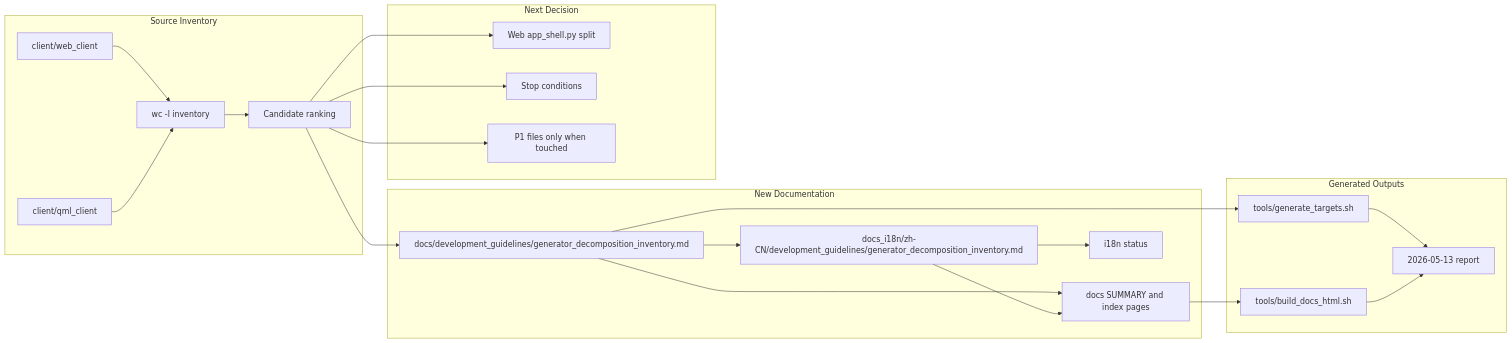
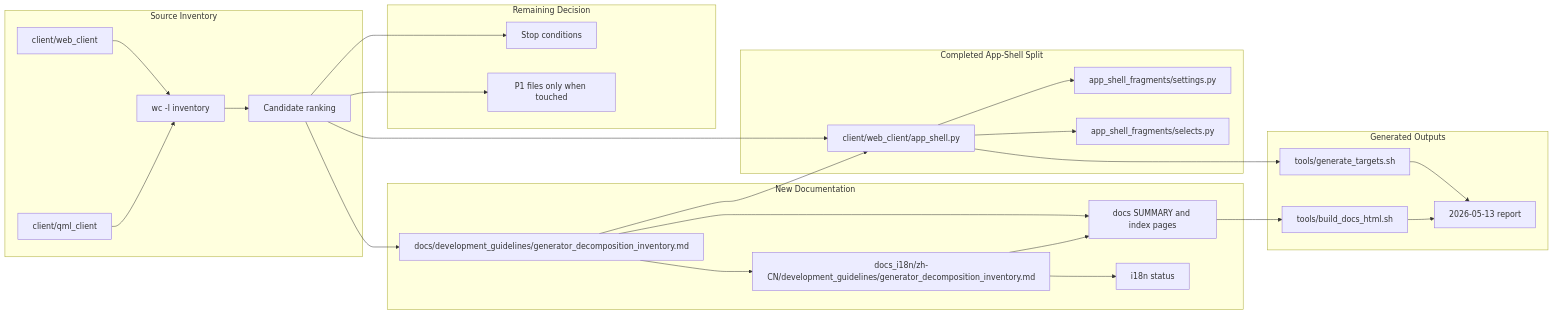
Before and after one commit to luppiterw/metanc_hmi_dsl_reports: the diagram in 2026-05-13-codex-session/architecture-diagram.md, drawn with Mermaid. The commit also changed 11 other files, not shown here.

Commit message:
reports: close May 13 app shell split

````diff
--- a/2026-05-13-codex-session/architecture-diagram.md
+++ b/2026-05-13-codex-session/architecture-diagram.md
@@ -3,44 +3,52 @@
 ```mermaid
 flowchart LR
     subgraph SourceInventory[Source Inventory]
         WEB[client/web_client]
         QML[client/qml_client]
         COUNT[wc -l inventory]
         RANK[Candidate ranking]
     end
 
     subgraph NewDocs[New Documentation]
         EN[docs/development_guidelines/generator_decomposition_inventory.md]
         ZH[docs_i18n/zh-CN/development_guidelines/generator_decomposition_inventory.md]
         NAV[docs SUMMARY and index pages]
         I18N[i18n status]
     end
 
     subgraph Outputs[Generated Outputs]
         TARGETS[tools/generate_targets.sh]
         DOCS[tools/build_docs_html.sh]
         REPORT[2026-05-13 report]
     end
 
-    subgraph Decision[Next Decision]
-        P0[Web app_shell.py split]
+    subgraph AppShellSplit[Completed App-Shell Split]
+        SHELL[client/web_client/app_shell.py]
+        SETTINGS[app_shell_fragments/settings.py]
+        SELECTS[app_shell_fragments/selects.py]
+    end
+
+    subgraph Decision[Remaining Decision]
         STOP[Stop conditions]
         P1[P1 files only when touched]
     end
 
     WEB --> COUNT
     QML --> COUNT
     COUNT --> RANK
     RANK --> EN
     EN --> ZH
     EN --> NAV
     ZH --> NAV
     ZH --> I18N
     NAV --> DOCS
-    EN --> TARGETS
+    EN --> SHELL
+    SHELL --> SETTINGS
+    SHELL --> SELECTS
+    SHELL --> TARGETS
     TARGETS --> REPORT
     DOCS --> REPORT
-    RANK --> P0
+    RANK --> SHELL
     RANK --> P1
     RANK --> STOP
 ```
````
